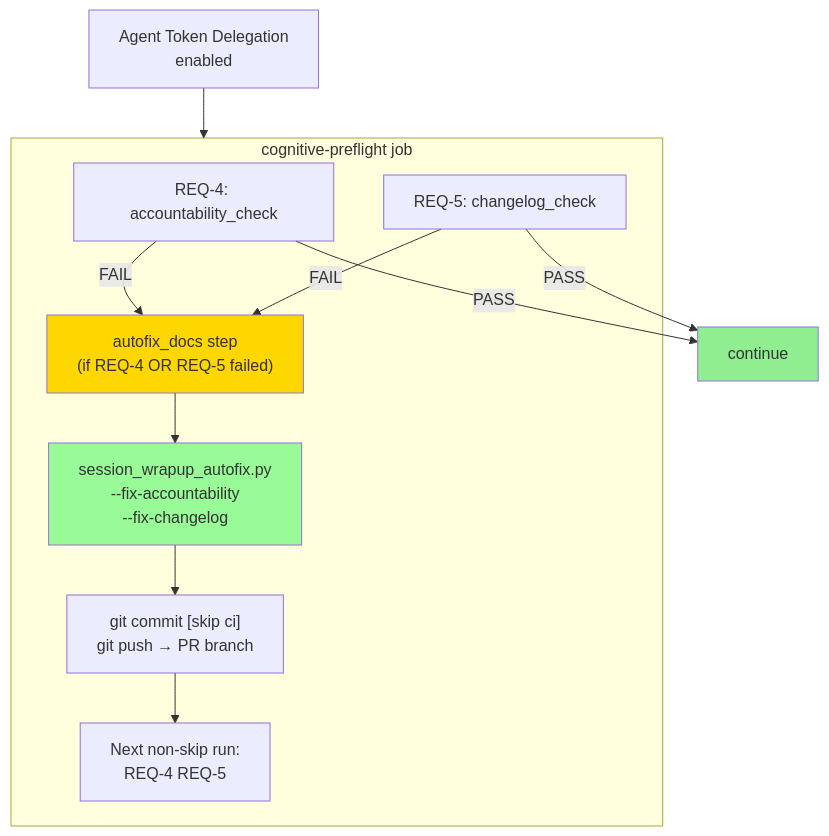
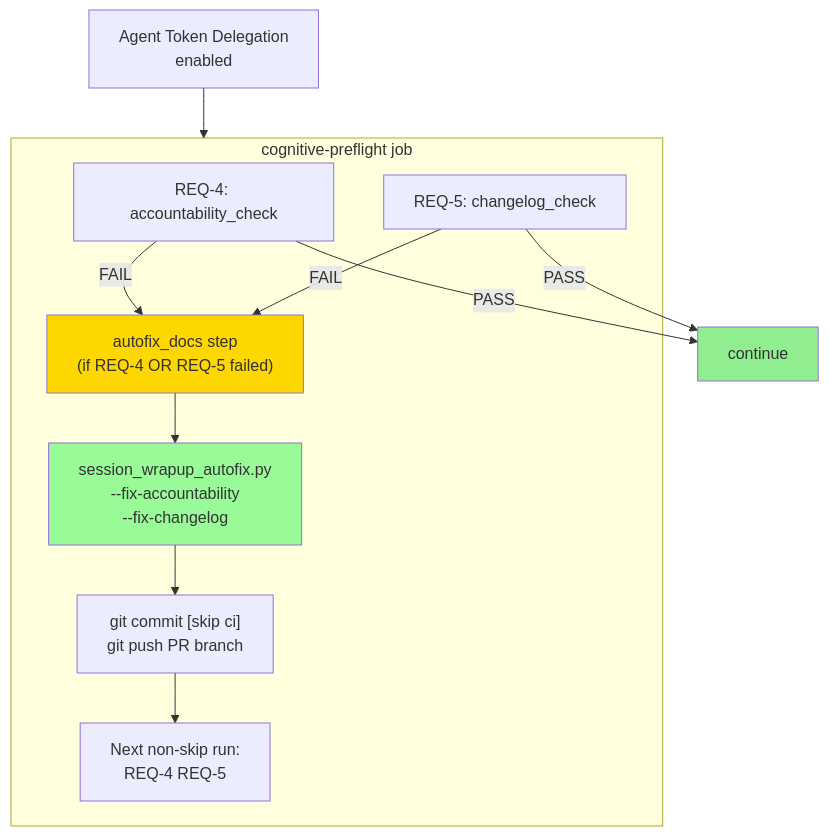
The second of 2 diagrams in docs/cognitive_brain/status/COGNITIVE_BRAIN_STATUS_PR3575.md (Aries-Serpent/_codex_), drawn with Mermaid before and after one commit. The commit also changed other lines of this file and 4117 other files, not shown here.

````diff
--- a/docs/cognitive_brain/status/COGNITIVE_BRAIN_STATUS_PR3575.md
+++ b/docs/cognitive_brain/status/COGNITIVE_BRAIN_STATUS_PR3575.md
@@ -93,23 +100,31 @@
 ```mermaid
 %%{init: {'accessibility': {'title': 'Flowchart showing "Agent Token Delegation\nenabled", "cognitive-preflight job"'}}%%
+
 flowchart TD
-    ATD["Agent Token Delegation\nenabled"] --> CPF
 
-    subgraph CPF["cognitive-preflight job"]
-        R4["REQ-4: accountability_check"]
-        R5["REQ-5: changelog_check"]
-        AFX["autofix_docs step\n(if REQ-4 OR REQ-5 failed)"]
-        R4 -->|FAIL| AFX
-        R5 -->|FAIL| AFX
-        AFX --> FIX["session_wrapup_autofix.py\n--fix-accountability\n--fix-changelog"]
-        FIX --> PUSH["git commit [skip ci]\ngit push → PR branch"]
-        PUSH --> NEXT["Next non-skip run:\nREQ-4  REQ-5 "]
-    end
+ ATD["Agent Token Delegation\nenabled"] --> CPF
 
-    R4 -->|PASS| DONE[" continue"]
-    R5 -->|PASS| DONE
+ subgraph CPF["cognitive-preflight job"]
+ R4["REQ-4: accountability_check"]
+ R5["REQ-5: changelog_check"]
+ AFX["autofix_docs step\n(if REQ-4 OR REQ-5 failed)"]
 
-    style AFX fill:#ffd700
-    style FIX fill:#98fb98
-    style DONE fill:#90EE90
+ R4 -->|FAIL| AFX
+
+ R5 -->|FAIL| AFX
+
+ AFX --> FIX["session_wrapup_autofix.py\n--fix-accountability\n--fix-changelog"]
+
+ FIX --> PUSH["git commit [skip ci]\ngit push PR branch"]
+
+ PUSH --> NEXT["Next non-skip run:\nREQ-4 REQ-5 "]
+ end
+
+ R4 -->|PASS| DONE[" continue"]
+
+ R5 -->|PASS| DONE
+
+ style AFX fill:#ffd700
+ style FIX fill:#98fb98
+ style DONE fill:#90EE90
 ```
````
